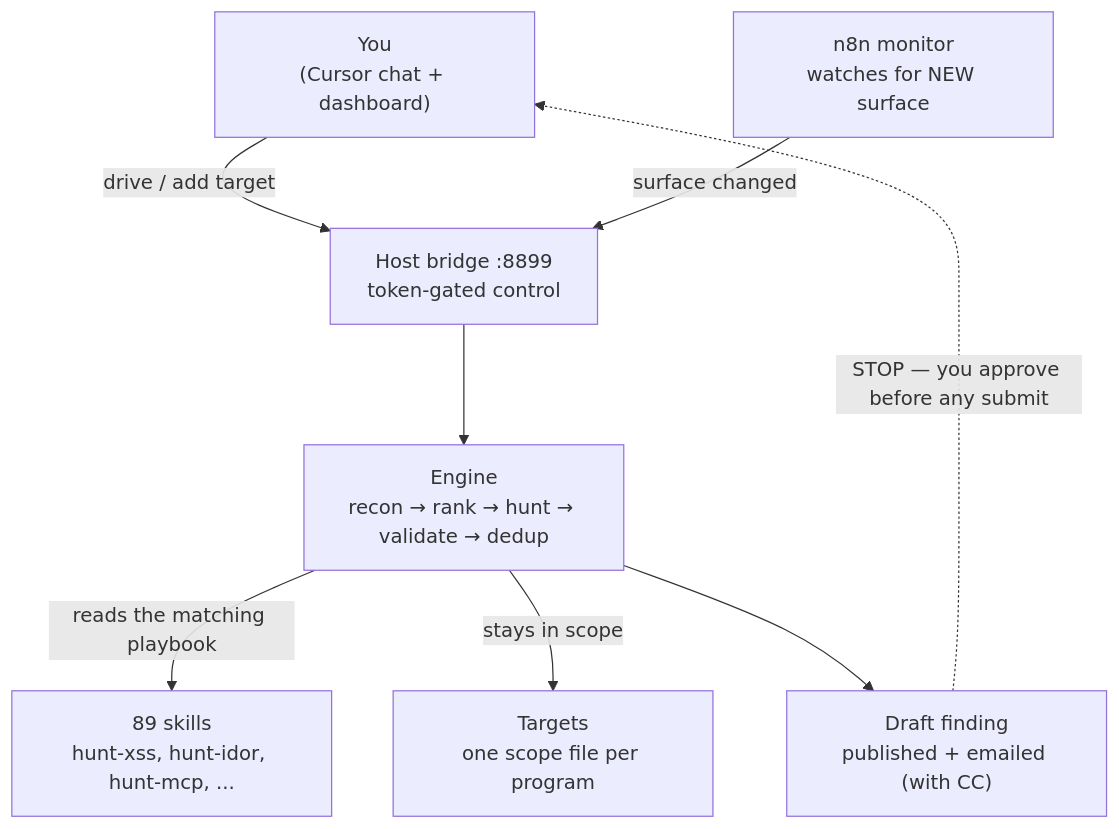
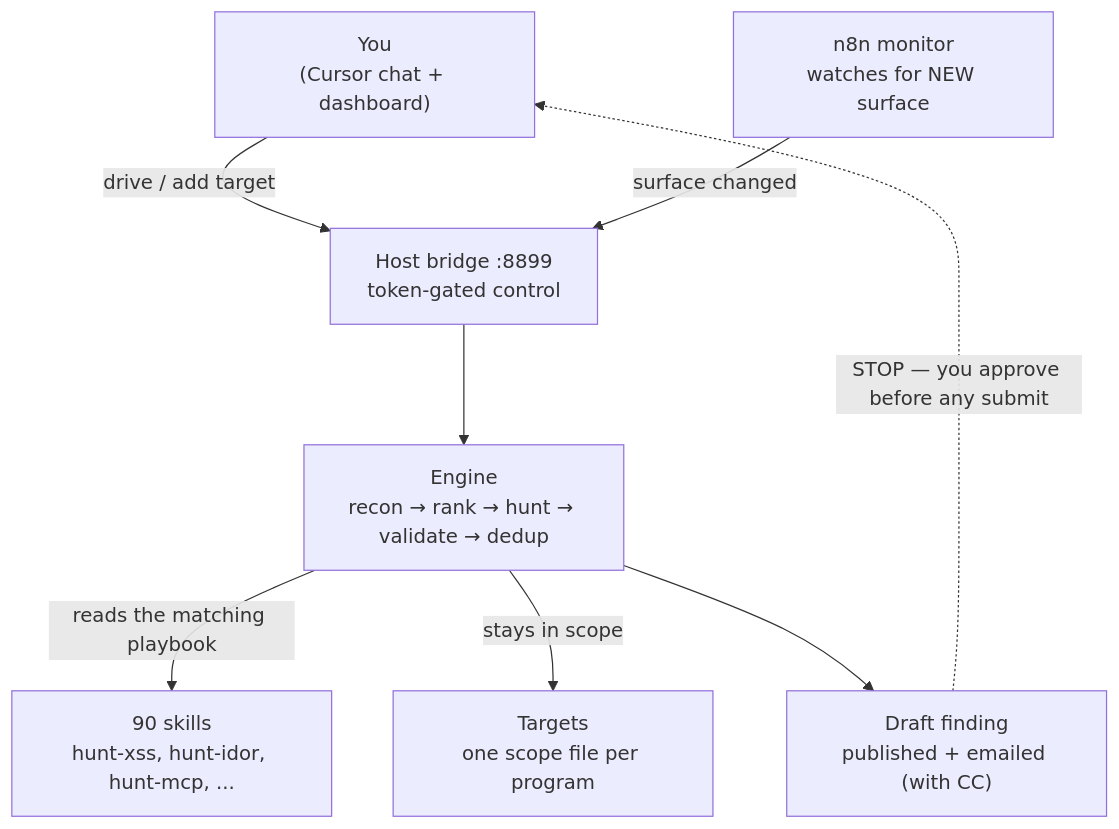
One commit to Mahmoud-Fawzi-Fayed/0xray-hunt-harness changed the first of 3 diagrams in README.md. Above: the diagram before and after it, drawn with Mermaid. The commit also changed other lines of this file and 5 other files, not shown here.

````diff
--- a/README.md
+++ b/README.md
@@ -33,18 +33,18 @@
 ```mermaid
 flowchart TB
     U["You<br/>(Cursor chat + dashboard)"]
     N["n8n monitor<br/>watches for NEW surface"]
     BR["Host bridge :8899<br/>token-gated control"]
     EN["Engine<br/>recon → rank → hunt → validate → dedup"]
-    SK["89 skills<br/>hunt-xss, hunt-idor, hunt-mcp, ..."]
+    SK["90 skills<br/>hunt-xss, hunt-idor, hunt-mcp, ..."]
     TG["Targets<br/>one scope file per program"]
     OUT["Draft finding<br/>published + emailed (with CC)"]
 
     U -->|drive / add target| BR
     N -->|surface changed| BR
     BR --> EN
     EN -->|reads the matching playbook| SK
     EN -->|stays in scope| TG
     EN --> OUT
     OUT -.->|STOP — you approve before any submit| U
 ```
````
